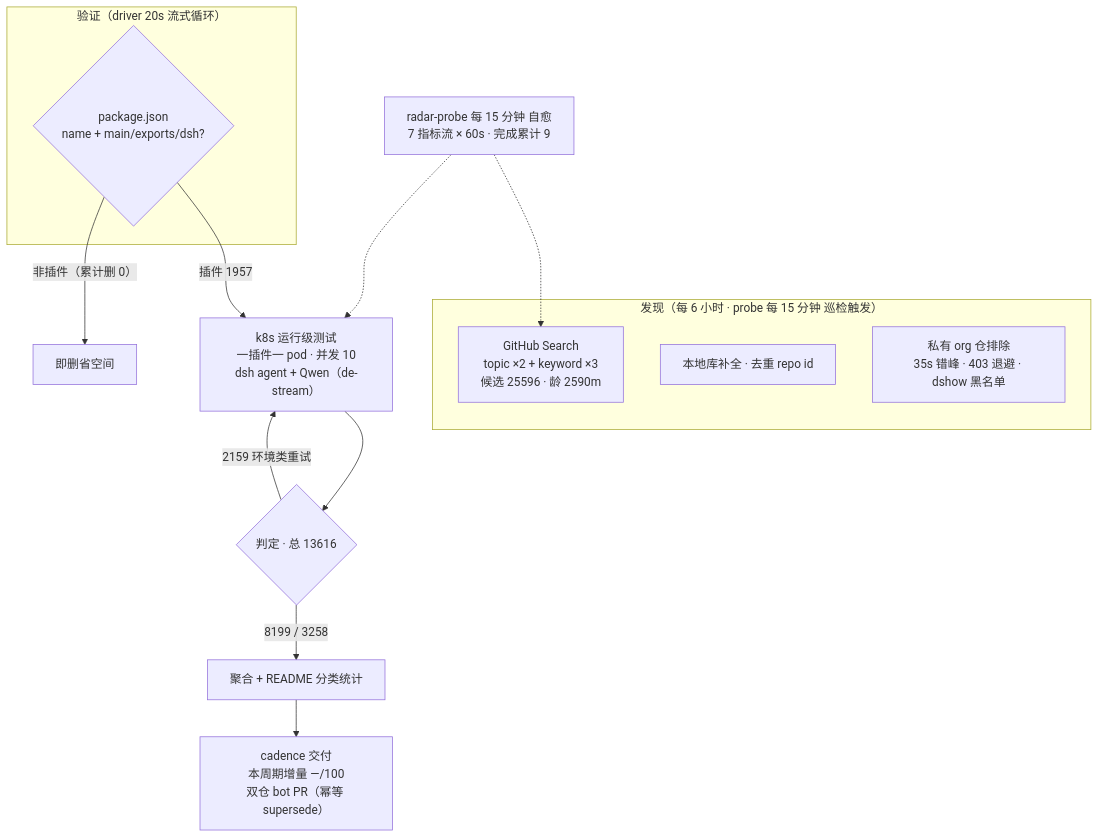
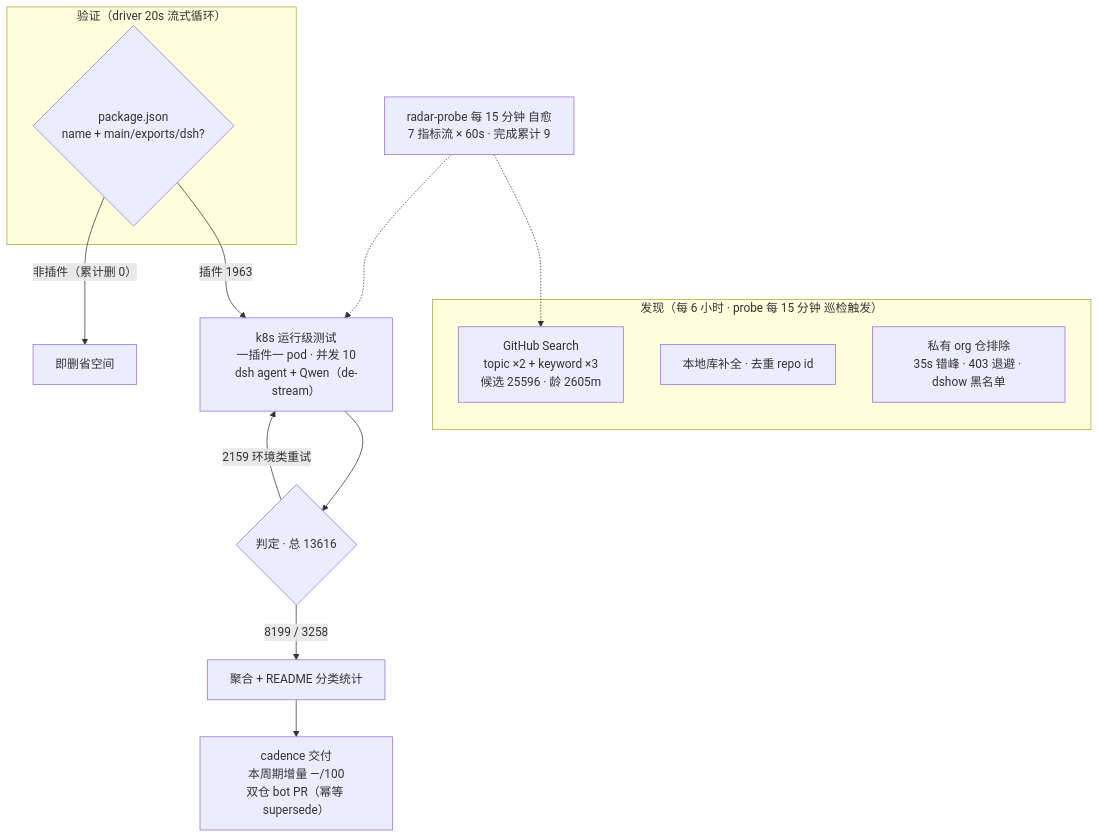
The diagram in README.md (Zhidao-Lab-OSS/awesome-dsh-plugins), drawn with Mermaid before and after one commit. The commit also changed other lines of this file and 1 other file, not shown here.

````diff
--- a/README.md
+++ b/README.md
@@ -54,20 +54,20 @@
 ```mermaid
 flowchart TB
     subgraph Discovery["发现（每 6 小时 · probe 每 15 分钟 巡检触发）"]
-        A1["GitHub Search<br/>topic ×2 + keyword ×3<br/>候选 25596 · 龄 2590m"]
+        A1["GitHub Search<br/>topic ×2 + keyword ×3<br/>候选 25596 · 龄 2605m"]
         A2["本地库补全 · 去重 repo id"]
         A3["私有 org 仓排除<br/>35s 错峰 · 403 退避 · dshow 黑名单"]
     end
     subgraph Validation["验证（driver 20s 流式循环）"]
         B1{"package.json<br/>name + main/exports/dsh?"}
     end
-    B1 -->|"插件 1957"| C1["k8s 运行级测试<br/>一插件一 pod · 并发 10<br/>dsh agent + Qwen（de-stream）"]
+    B1 -->|"插件 1963"| C1["k8s 运行级测试<br/>一插件一 pod · 并发 10<br/>dsh agent + Qwen（de-stream）"]
     B1 -->|"非插件（累计删 0）"| B3["即删省空间"]
     C1 --> D1{"判定 · 总 13616"}
     D1 -->|"8199 / 3258"| E1["聚合 + README 分类统计"]
     D1 -->|"2159 环境类重试"| C1
     E1 --> E2["cadence 交付<br/>本周期增量 —/100<br/>双仓 bot PR（幂等 supersede）"]
     M["radar-probe 每 15 分钟 自愈<br/>7 指标流 × 60s · 完成累计 9"]
     M -.-> A1
     M -.-> C1
 ```
````
